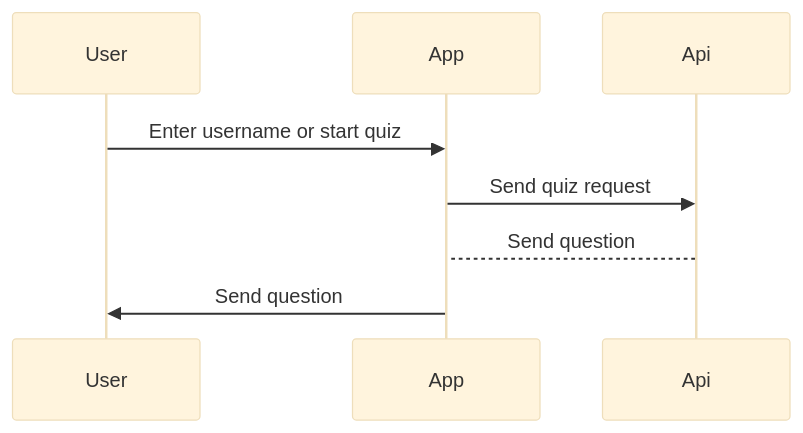
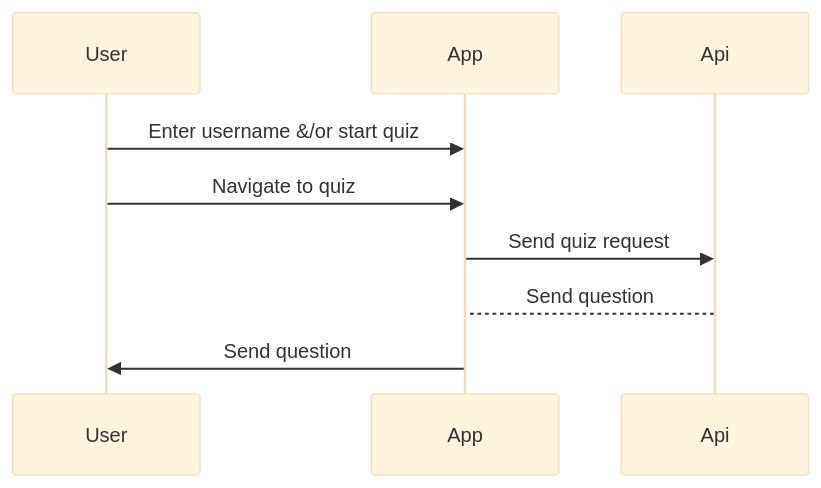
One commit to TheFullStackFred/fredrikstromberg-testing_typescipt-quiz_app changed the diagram in src/sequenceDiagram.md. Above: the diagram before and after it, drawn with Mermaid (base theme).

Commit message:
started on uml diagram

````diff
--- a/src/sequenceDiagram.md
+++ b/src/sequenceDiagram.md
@@ -1,11 +1,12 @@
 ```mermaid
 sequenceDiagram
     participant User
     participant App
     participant Api
 
-       User->>App: Enter username or start quiz
+    User->>App: Enter username &/or start quiz
+    User->>App: Navigate to quiz
     App->>Api: Send quiz request
     Api-->App: Send question
     App->>User: Send question
 ```
````
